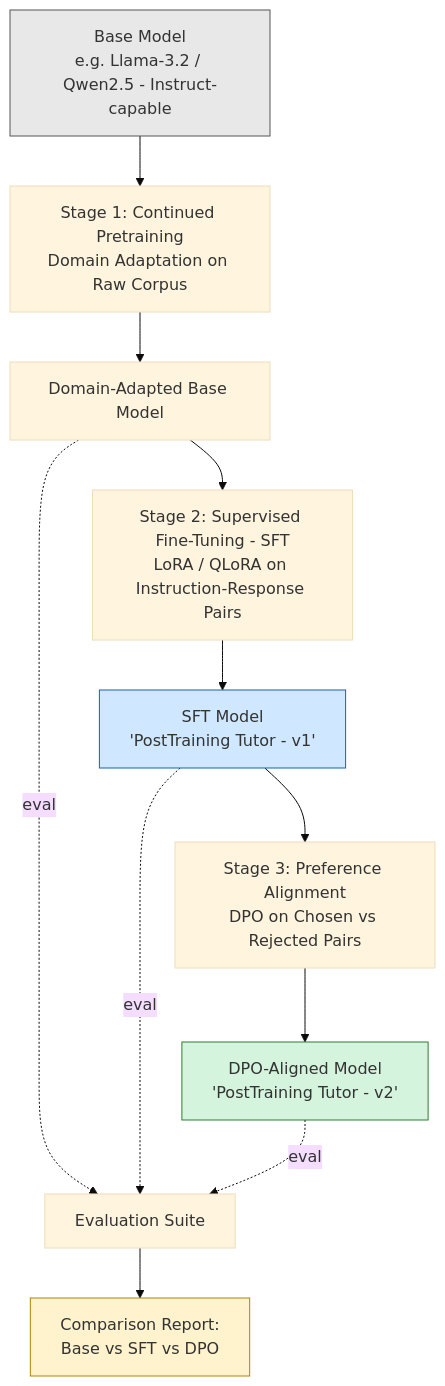
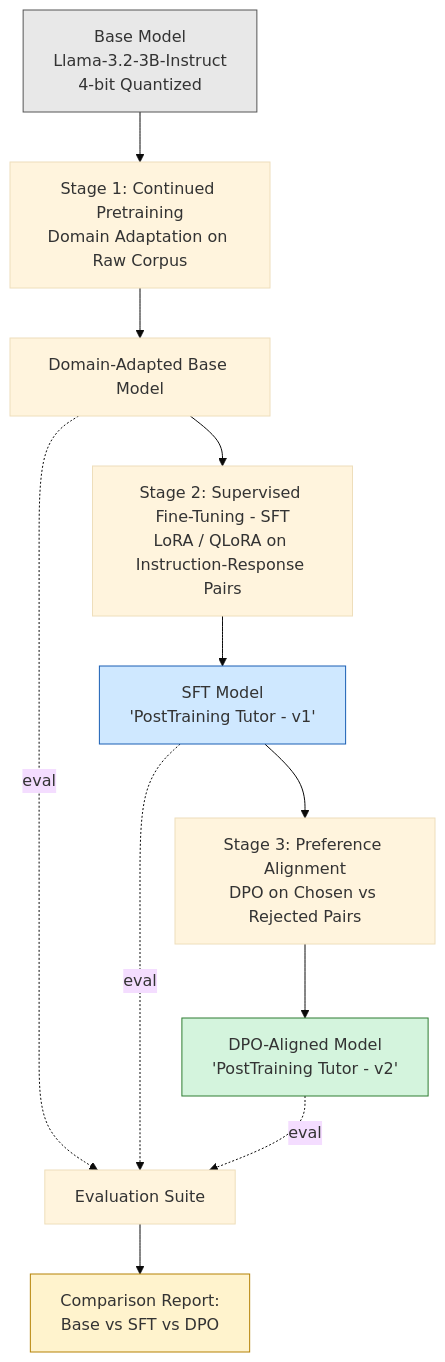
Before and after one commit to Hiteshwari7/LLM-PostTraining-Lab: the diagram in README.md, drawn with Mermaid (base theme).

Commit message:
Update base model description in README

````diff
--- a/README.md
+++ b/README.md
@@ -25,19 +25,19 @@
 ```mermaid
 flowchart TD
-    A[Base Model<br/>e.g. Llama-3.2 / Qwen2.5 - Instruct-capable] --> B[Stage 1: Continued Pretraining<br/>Domain Adaptation on Raw Corpus]
+    A[Base Model<br/>Llama-3.2-3B-Instruct<br/>4-bit Quantized] --> B[Stage 1: Continued Pretraining<br/>Domain Adaptation on Raw Corpus]
     B --> C[Domain-Adapted Base Model]
     C --> D[Stage 2: Supervised Fine-Tuning - SFT<br/>LoRA / QLoRA on Instruction-Response Pairs]
     D --> E[SFT Model<br/>'PostTraining Tutor - v1']
     E --> F[Stage 3: Preference Alignment<br/>DPO on Chosen vs Rejected Pairs]
     F --> G[DPO-Aligned Model<br/>'PostTraining Tutor - v2']
 
     C -.eval.-> H[Evaluation Suite]
     E -.eval.-> H
     G -.eval.-> H
     H --> I[Comparison Report:<br/>Base vs SFT vs DPO]
 
     style A fill:#e8e8e8,stroke:#555
     style E fill:#cfe8ff,stroke:#1a5fb4
     style G fill:#d4f4dd,stroke:#2e7d32
     style I fill:#fff3cd,stroke:#b58105
 ```
````
